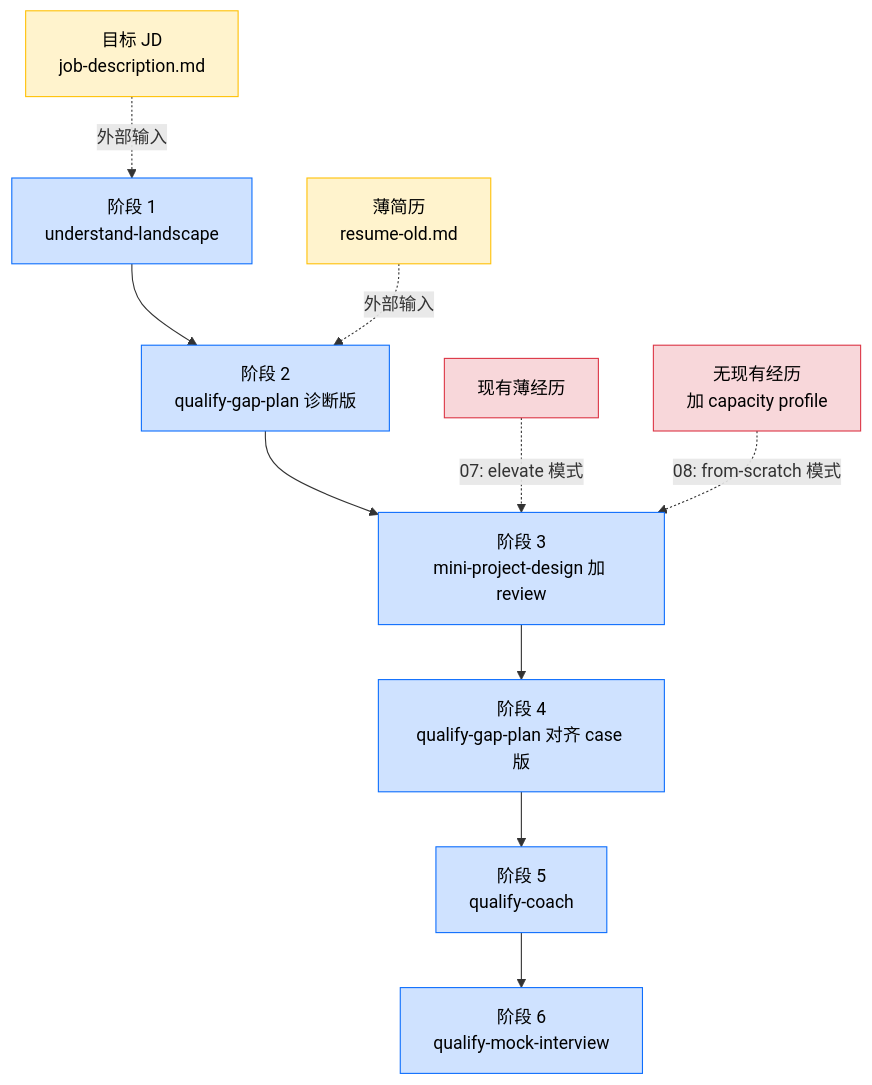
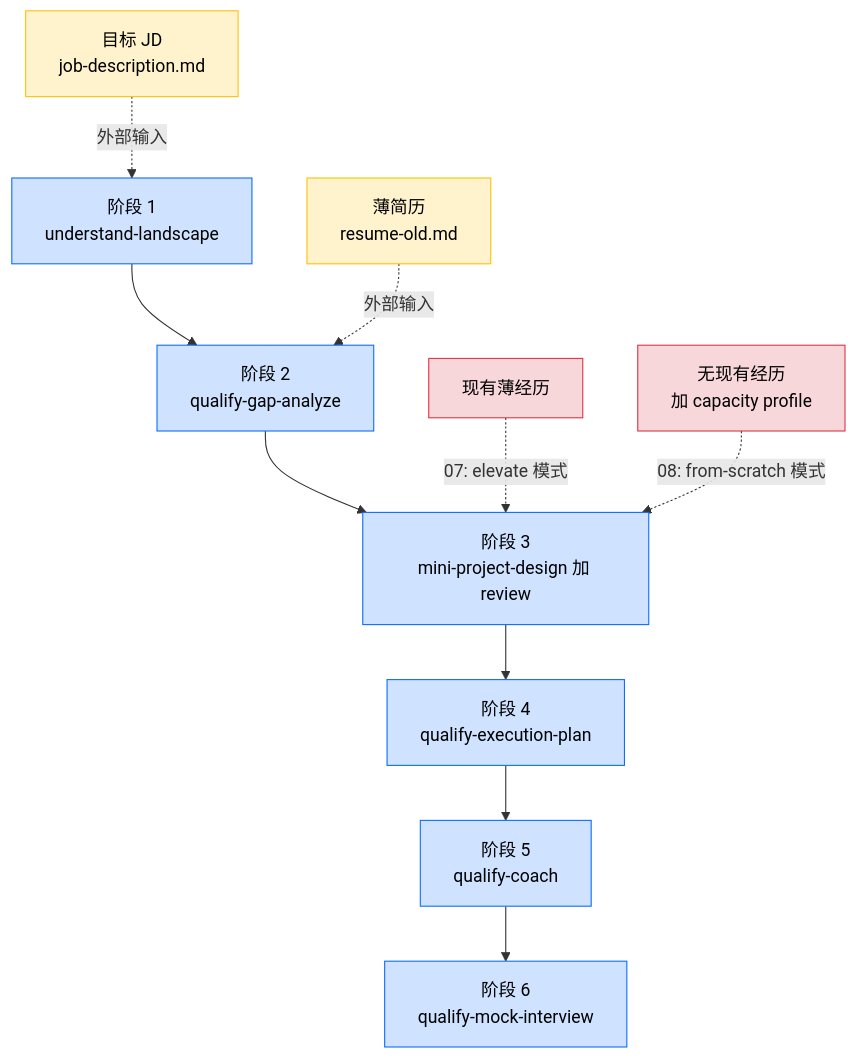
One commit to YingqiangYuan/Resume_Matrix changed the diagram in examples/08-design-new-project/README-cn.md. Above: the diagram before and after it, drawn with Mermaid. The commit also changed other lines of this file and 16 other files, not shown here.

````diff
--- a/examples/08-design-new-project/README-cn.md
+++ b/examples/08-design-new-project/README-cn.md
@@ -27,20 +27,20 @@
 ```mermaid
 flowchart TD
-    S1["阶段 1<br/>understand-landscape"] --> S2["阶段 2<br/>qualify-gap-plan 诊断版"]
+    S1["阶段 1<br/>understand-landscape"] --> S2["阶段 2<br/>qualify-gap-analyze"]
     S2 --> S3["阶段 3<br/>mini-project-design 加 review"]
-    S3 --> S4["阶段 4<br/>qualify-gap-plan 对齐 case 版"]
+    S3 --> S4["阶段 4<br/>qualify-execution-plan"]
     S4 --> S5["阶段 5<br/>qualify-coach"]
     S5 --> S6["阶段 6<br/>qualify-mock-interview"]
 
     JD["目标 JD<br/>job-description.md"] -. 外部输入 .-> S1
     R["薄简历<br/>resume-old.md"] -. 外部输入 .-> S2
     E1["现有薄经历"] -. 07: elevate 模式 .-> S3
     E2["无现有经历<br/>加 capacity profile"] -. 08: from-scratch 模式 .-> S3
 
     classDef stage fill:#cfe2ff,stroke:#0d6efd,color:#000
     classDef inp fill:#fff3cd,stroke:#ffc107,color:#000
     classDef mode fill:#f8d7da,stroke:#dc3545,color:#000
     class S1,S2,S3,S4,S5,S6 stage
     class JD,R inp
     class E1,E2 mode
 ```
````
